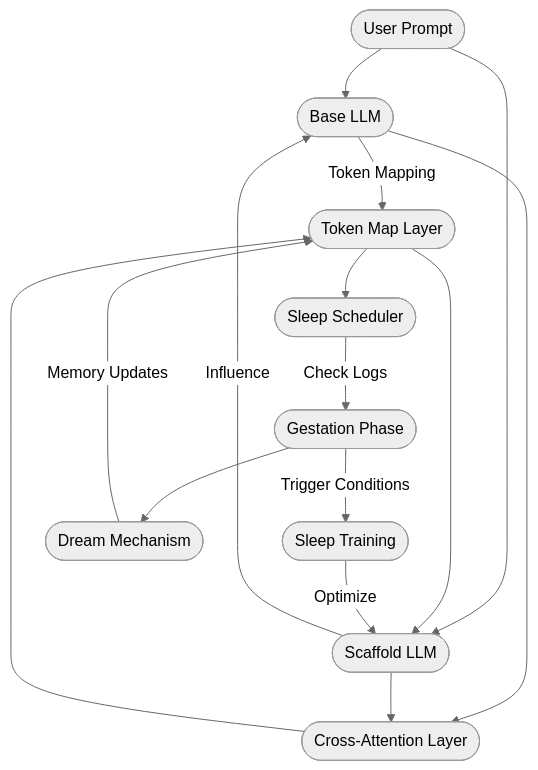
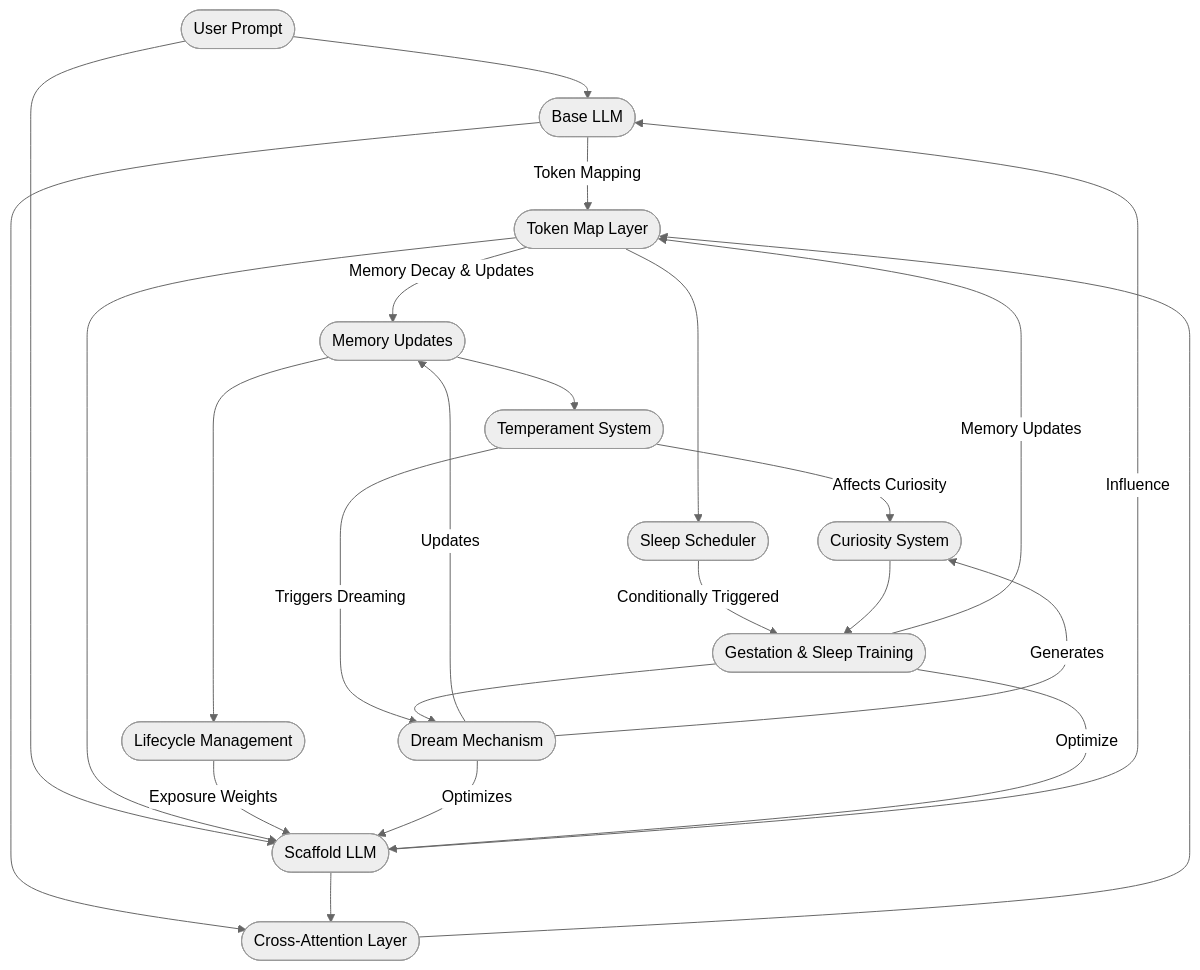
The diagram in structure.mmd (oppolla/dual-model-dynamic-scaffold), drawn with Mermaid (neutral theme) before and after one commit.

```diff
--- a/structure.mmd
+++ b/structure.mmd
@@ -1,15 +1,30 @@
 flowchart TD
     UserPrompt([User Prompt]) --> BaseLLM([Base LLM])
     UserPrompt --> ScaffoldLLM([Scaffold LLM])
     BaseLLM -->|Token Mapping| TokenMap([Token Map Layer])
     TokenMap --> ScaffoldLLM([Scaffold LLM])
     ScaffoldLLM -->|Influence| BaseLLM
     BaseLLM --> CrossAttention([Cross-Attention Layer])
     ScaffoldLLM --> CrossAttention
     CrossAttention --> TokenMap
+
+    %% Added Systems
+    TokenMap -->|Memory Decay & Updates| MemoryUpdates([Memory Updates])
+    MemoryUpdates --> LifecycleManagement([Lifecycle Management])
+    MemoryUpdates --> TemperamentSystem([Temperament System])
+    TemperamentSystem -->|Affects Curiosity| CuriositySystem([Curiosity System])
+    TemperamentSystem -->|Triggers Dreaming| Dreaming([Dream Mechanism])
+    LifecycleManagement -->|Exposure Weights| ScaffoldLLM
+
+    %% Dreaming Effects
+    Dreaming -->|Updates| MemoryUpdates
+    Dreaming -->|Generates| CuriositySystem
+    Dreaming -->|Optimizes| ScaffoldLLM
+
+    %% Auxiliary Systems
     TokenMap --> SleepScheduler([Sleep Scheduler])
-    SleepScheduler -->|Check Logs| Gestation([Gestation Phase])
-    Gestation -->|Trigger Conditions| SleepTraining([Sleep Training])
-    Gestation --> Dreaming([Dream Mechanism])
-    SleepTraining -->|Optimize| ScaffoldLLM
-    Dreaming -->|Memory Updates| TokenMap
+    SleepScheduler -->|Conditionally Triggered| AuxSystem([Gestation & Sleep Training])
+    AuxSystem -->|Optimize| ScaffoldLLM
+    AuxSystem -->|Memory Updates| TokenMap
+    AuxSystem --> Dreaming
+    CuriositySystem --> AuxSystem
```
